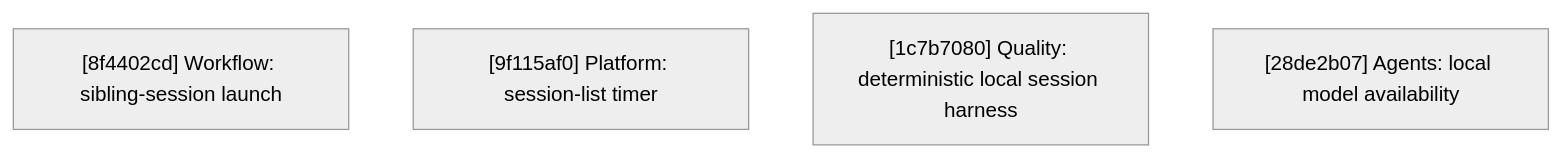
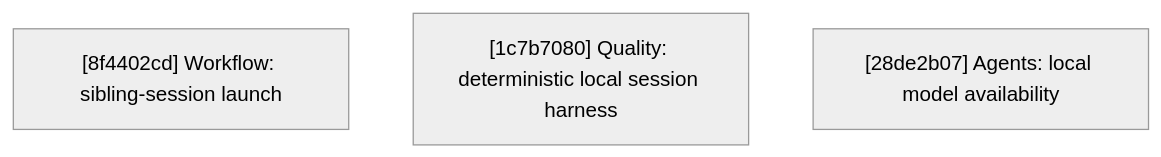
One commit to agentty-xyz/agentty changed the diagram in docs/plan/roadmap.md. Above: the diagram before and after it, drawn with Mermaid (neutral theme). The commit also changed other lines of this file and 5 other files, not shown here.

First line of the commit message:
Show session timers in grouped list

````diff
--- a/docs/plan/roadmap.md
+++ b/docs/plan/roadmap.md
@@ -151,7 +122,6 @@
 ```mermaid
 flowchart TD
     R1["[8f4402cd] Workflow: sibling-session launch"]
-    R2["[9f115af0] Platform: session-list timer"]
-    R3["[1c7b7080] Quality: deterministic local session harness"]
-    R4["[28de2b07] Agents: local model availability"]
+    R2["[1c7b7080] Quality: deterministic local session harness"]
+    R3["[28de2b07] Agents: local model availability"]
 ```
````
